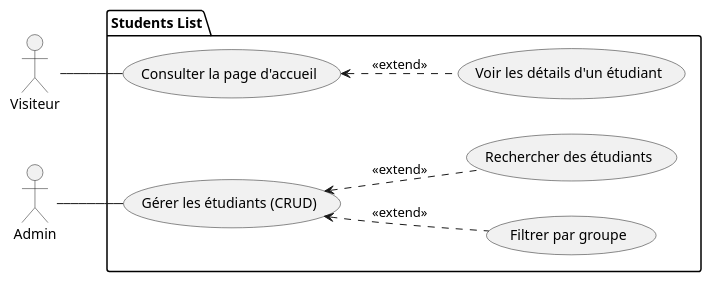
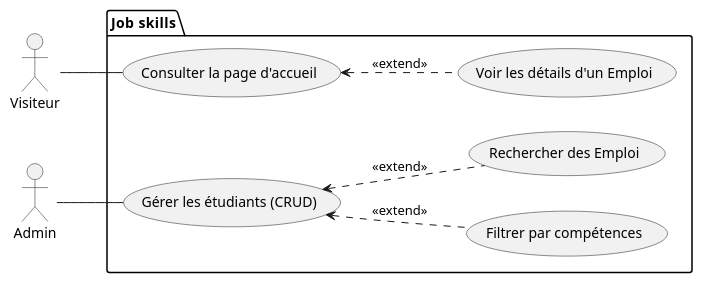
Before and after one commit to Adnane-x87/Projet-technique: the diagram in useCas.puml, drawn with PlantUML. The commit also changed 4 other files, not shown here.

```diff
--- a/useCas.puml
+++ b/useCas.puml
@@ -1,23 +1,23 @@
 @startuml
 left to right direction
 actor "Visiteur" as Visiteur
 actor "Admin" as Admin
 
-package "Students List" {
+package "Job  skills" {
     usecase "Consulter la page d'accueil" as UC_Accueil
-    usecase "Voir les détails d'un étudiant" as UC_Details
+    usecase "Voir les détails d'un Emploi" as UC_Details
     
     usecase "Gérer les étudiants (CRUD)" as UC_CRUD
-    usecase "Filtrer par groupe" as UC_Filtrer
-    usecase "Rechercher des étudiants" as UC_Rechercher
+    usecase "Filtrer par compétences" as UC_Filtrer
+    usecase "Rechercher des Emploi" as UC_Rechercher
 }
 
 ' Relations Visiteur
 Visiteur -- UC_Accueil
 UC_Accueil <.. UC_Details : <<extend>>
 
 ' Relations Admin
 Admin -- UC_CRUD
 UC_CRUD <.. UC_Filtrer : <<extend>>
 UC_CRUD <.. UC_Rechercher : <<extend>>
 @enduml
```
